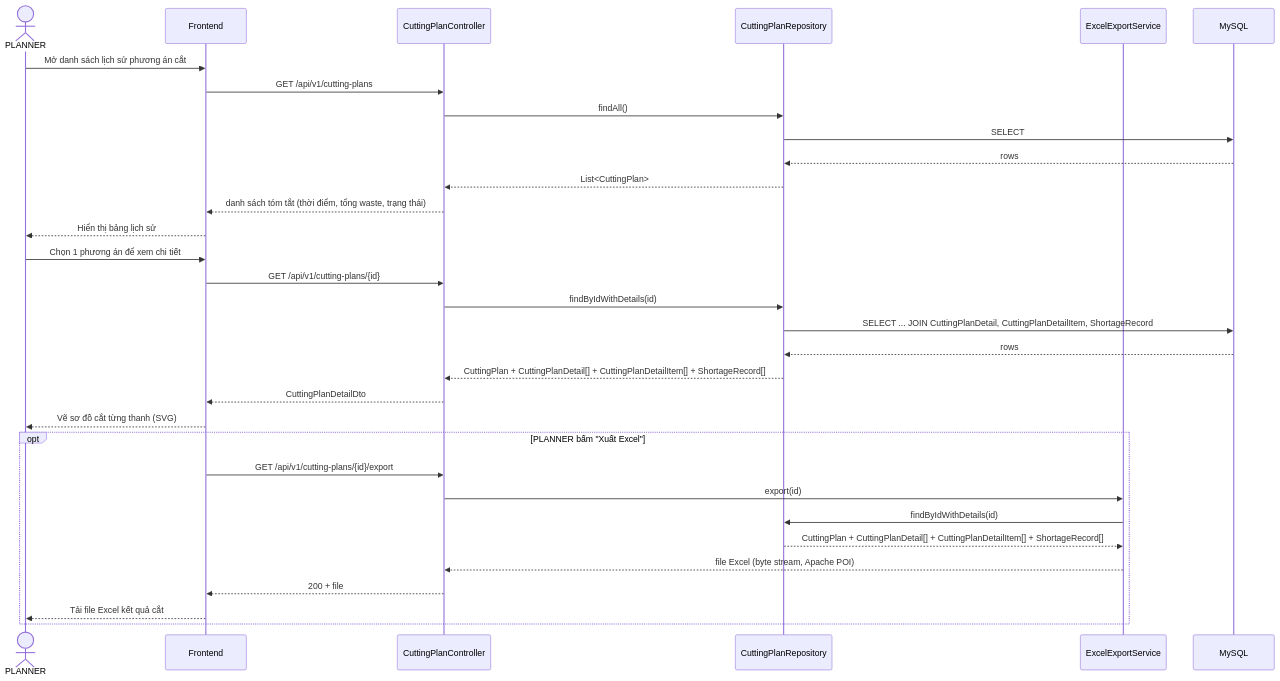
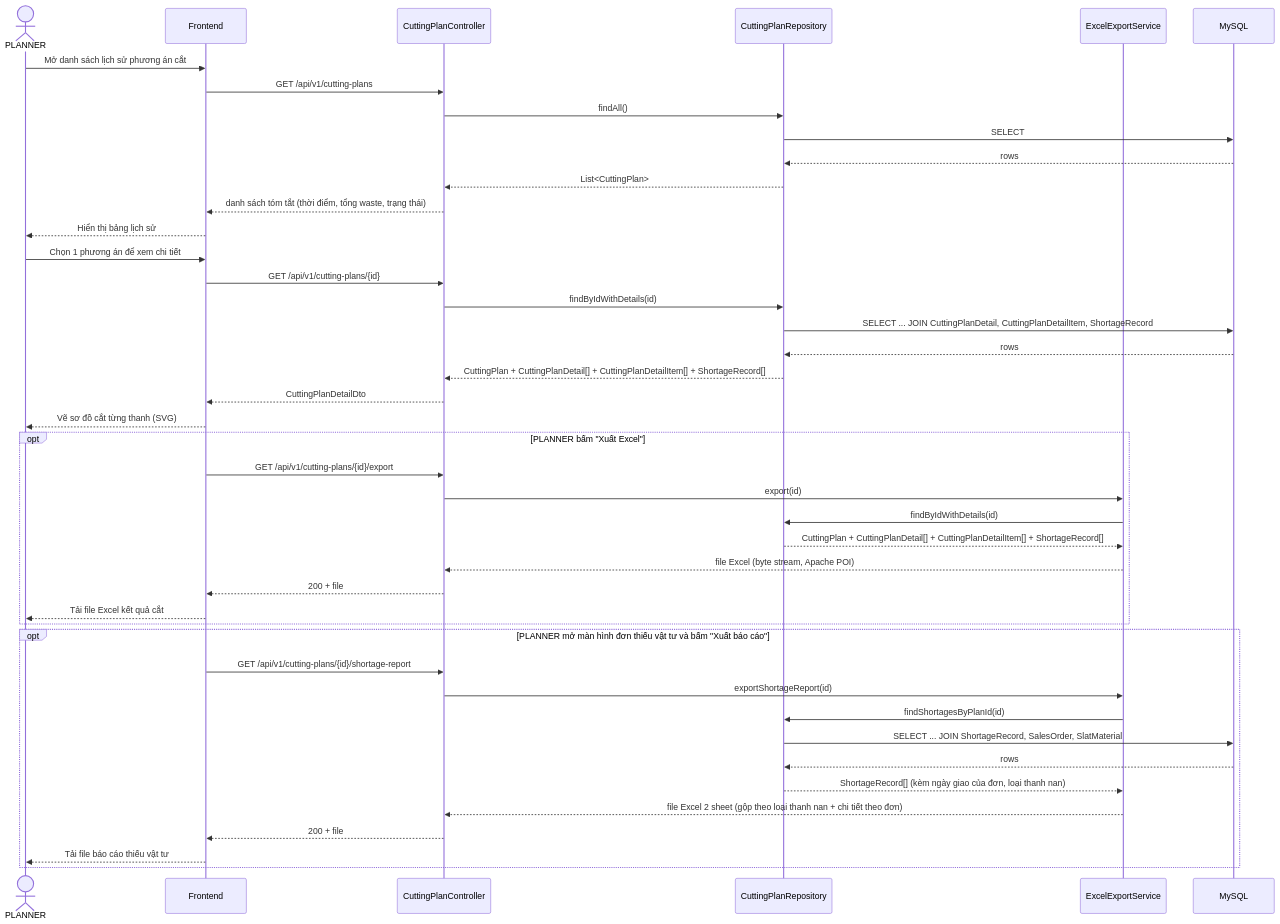
The third of 3 diagrams in docs/sequence-diagrams.md (huydeptraii123/GraduationThesis), drawn with Mermaid before and after one commit. The commit also changed other lines of this file and 3 other files, not shown here.

Commit message:
docs: bổ sung yêu cầu xuất báo cáo thiếu vật tư ra Excel

````diff
--- a/docs/sequence-diagrams.md
+++ b/docs/sequence-diagrams.md
@@ -145,37 +145,49 @@
 ```mermaid
 sequenceDiagram
     actor U as PLANNER
     participant FE as Frontend
     participant C as CuttingPlanController
     participant REPO as CuttingPlanRepository
     participant EXP as ExcelExportService
     participant DB as MySQL
 
     U->>FE: Mở danh sách lịch sử phương án cắt
     FE->>C: GET /api/v1/cutting-plans
     C->>REPO: findAll()
     REPO->>DB: SELECT
     DB-->>REPO: rows
     REPO-->>C: List<CuttingPlan>
     C-->>FE: danh sách tóm tắt (thời điểm, tổng waste, trạng thái)
     FE-->>U: Hiển thị bảng lịch sử
 
     U->>FE: Chọn 1 phương án để xem chi tiết
     FE->>C: GET /api/v1/cutting-plans/{id}
     C->>REPO: findByIdWithDetails(id)
     REPO->>DB: SELECT ... JOIN CuttingPlanDetail, CuttingPlanDetailItem, ShortageRecord
     DB-->>REPO: rows
     REPO-->>C: CuttingPlan + CuttingPlanDetail[] + CuttingPlanDetailItem[] + ShortageRecord[]
     C-->>FE: CuttingPlanDetailDto
     FE-->>U: Vẽ sơ đồ cắt từng thanh (SVG)
 
     opt PLANNER bấm "Xuất Excel"
         FE->>C: GET /api/v1/cutting-plans/{id}/export
         C->>EXP: export(id)
         EXP->>REPO: findByIdWithDetails(id)
         REPO-->>EXP: CuttingPlan + CuttingPlanDetail[] + CuttingPlanDetailItem[] + ShortageRecord[]
         EXP-->>C: file Excel (byte stream, Apache POI)
         C-->>FE: 200 + file
         FE-->>U: Tải file Excel kết quả cắt
     end
+
+    opt PLANNER mở màn hình đơn thiếu vật tư và bấm "Xuất báo cáo"
+        FE->>C: GET /api/v1/cutting-plans/{id}/shortage-report
+        C->>EXP: exportShortageReport(id)
+        EXP->>REPO: findShortagesByPlanId(id)
+        REPO->>DB: SELECT ... JOIN ShortageRecord, SalesOrder, SlatMaterial
+        DB-->>REPO: rows
+        REPO-->>EXP: ShortageRecord[] (kèm ngày giao của đơn, loại thanh nan)
+        EXP-->>C: file Excel 2 sheet (gộp theo loại thanh nan + chi tiết theo đơn)
+        C-->>FE: 200 + file
+        FE-->>U: Tải file báo cáo thiếu vật tư
+    end
 ```
````
